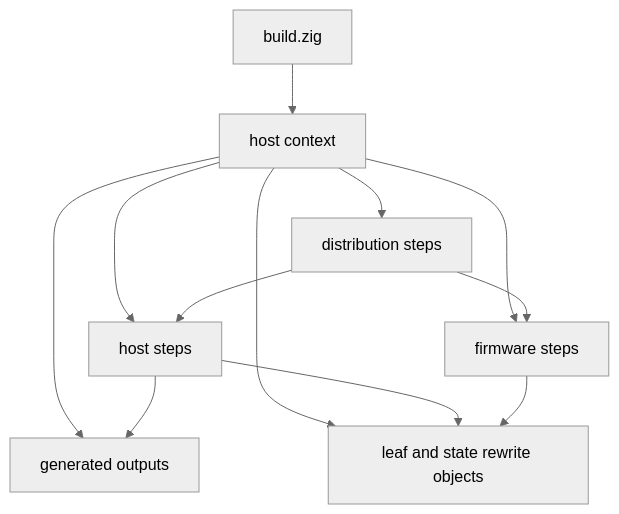
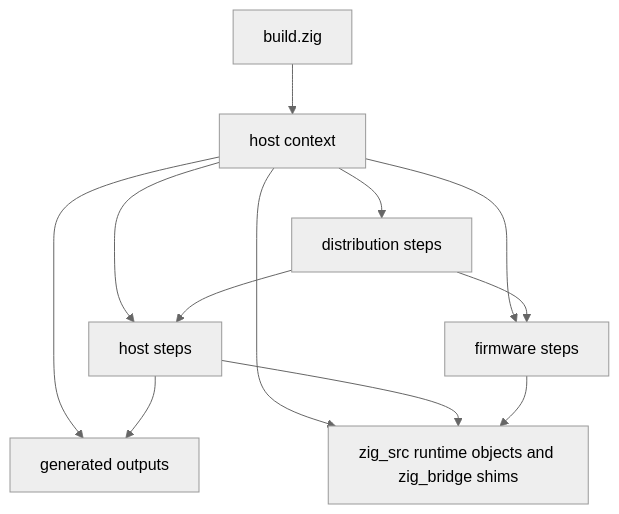
Before and after one commit to ppigazzini/z47: the diagram in zig_docs/20-zig-build-graph.md, drawn with Mermaid (neutral theme). The commit also changed other lines of this file and 61 other files, not shown here.

````diff
--- a/zig_docs/20-zig-build-graph.md
+++ b/zig_docs/20-zig-build-graph.md
@@ -45,22 +47,22 @@
 ```mermaid
 flowchart TD
   A[build.zig]
   B[host context]
   C[host steps]
   D[firmware steps]
   E[distribution steps]
   F[generated outputs]
-  G[leaf and state rewrite objects]
+  G[zig_src runtime objects and zig_bridge shims]
 
   A --> B
   B --> C
   B --> D
   B --> E
   B --> F
   B --> G
   C --> F
   C --> G
   D --> G
   E --> C
   E --> D
 ```
````
